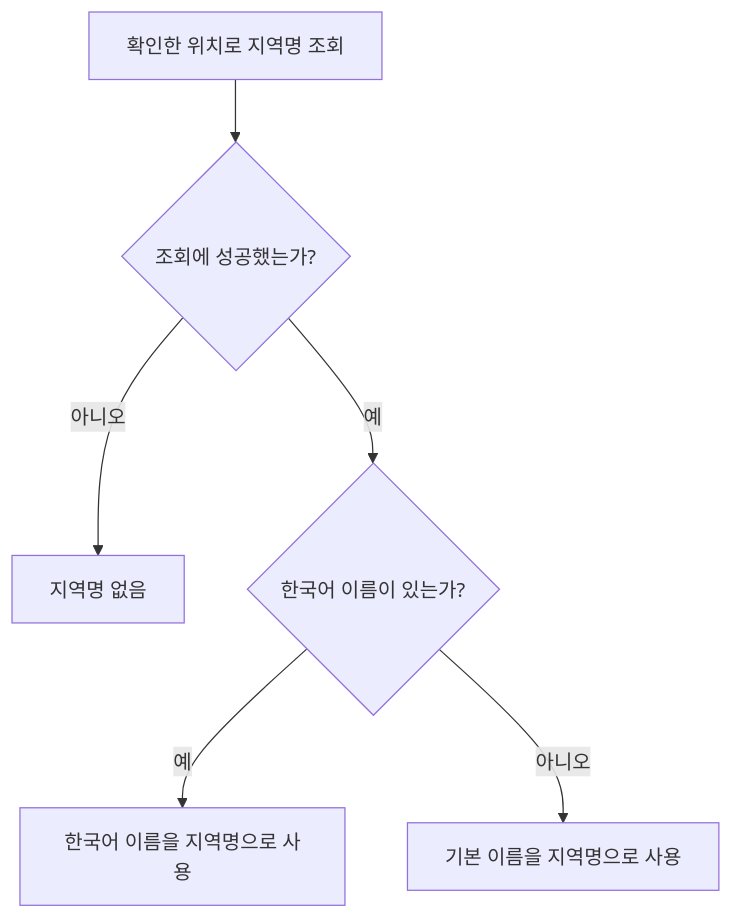
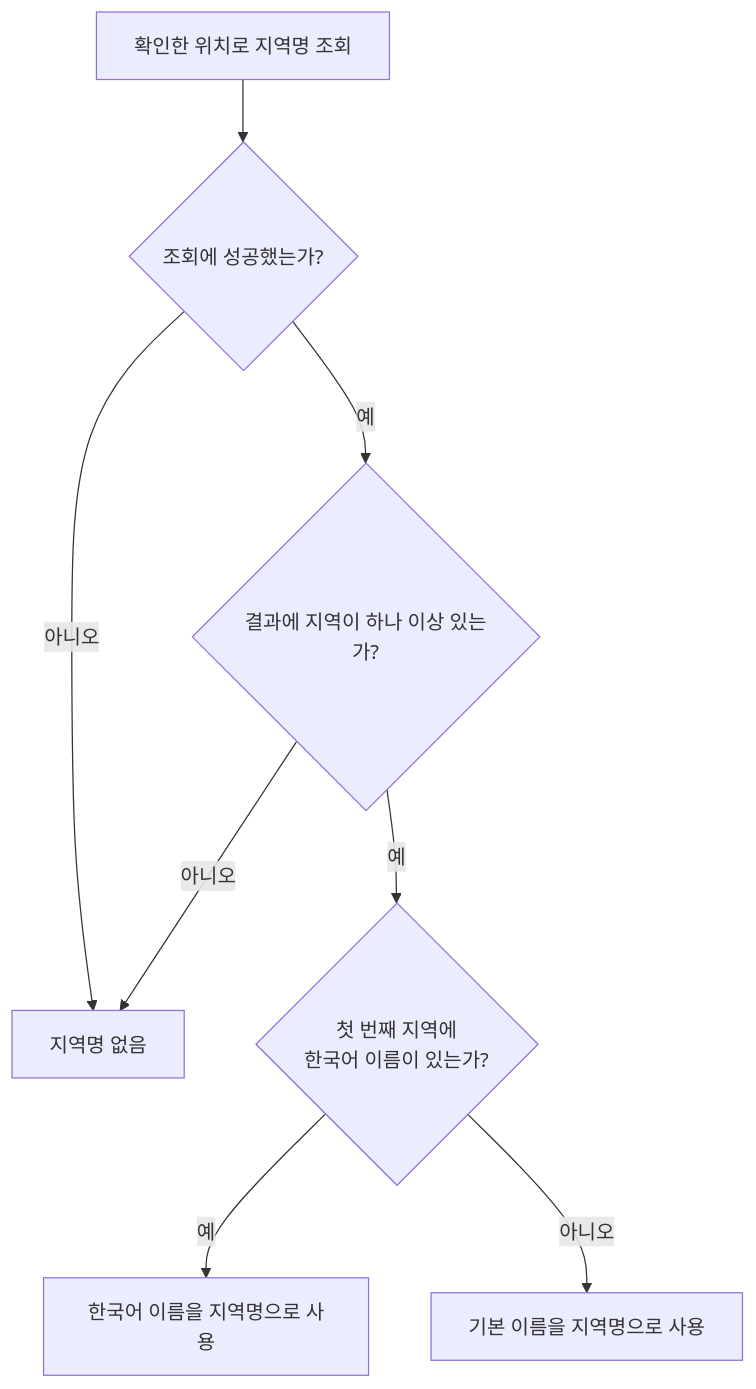
One commit to taetae98coding/DiaryKMP changed the first of 3 diagrams in docs/spec/client/weather-fetch.md. Above: the diagram before and after it, drawn with Mermaid. The commit also changed other lines of this file and 29 other files, not shown here.

````diff
--- a/docs/spec/client/weather-fetch.md
+++ b/docs/spec/client/weather-fetch.md
@@ -51,8 +51,10 @@
 ```mermaid
 flowchart TD
     query["확인한 위치로 지역명 조회"] --> ok{"조회에 성공했는가?"}
     ok -- 아니오 --> none["지역명 없음"]
-    ok -- 예 --> ko{"한국어 이름이 있는가?"}
+    ok -- 예 --> any{"결과에 지역이 하나 이상 있는가?"}
+    any -- 아니오 --> none
+    any -- 예 --> ko{"첫 번째 지역에<br/>한국어 이름이 있는가?"}
     ko -- 예 --> korean["한국어 이름을 지역명으로 사용"]
     ko -- 아니오 --> default["기본 이름을 지역명으로 사용"]
 ```
````
